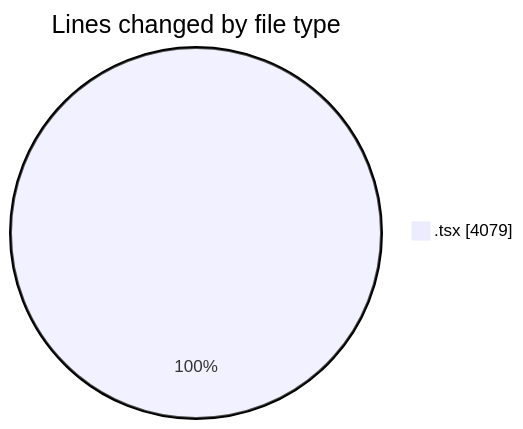
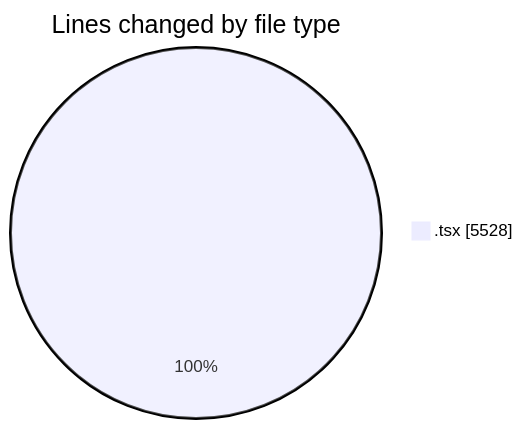
Before and after one commit to nxtqubesakshisongat/code-tracking: the first of 2 diagrams in 2026-05-22/nxtqube_webapp/README.md, drawn with Mermaid. The commit also changed other lines of this file and 1 other file, not shown here.

````diff
--- a/2026-05-22/nxtqube_webapp/README.md
+++ b/2026-05-22/nxtqube_webapp/README.md
@@ -22,5 +22,5 @@
 ```mermaid
 pie showData
 title Lines changed by file type
-".tsx" : 4079
+".tsx" : 5528
 ```
````
